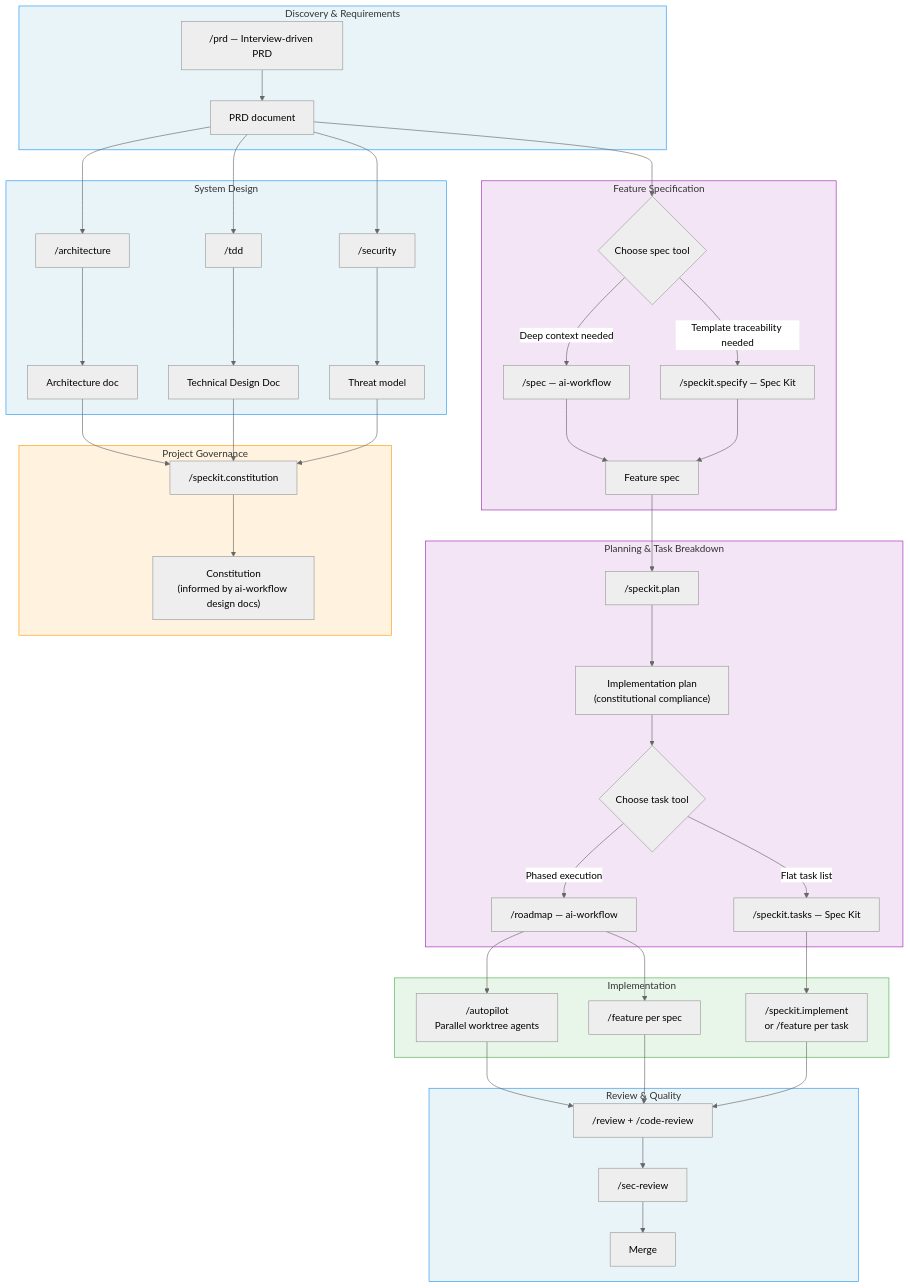
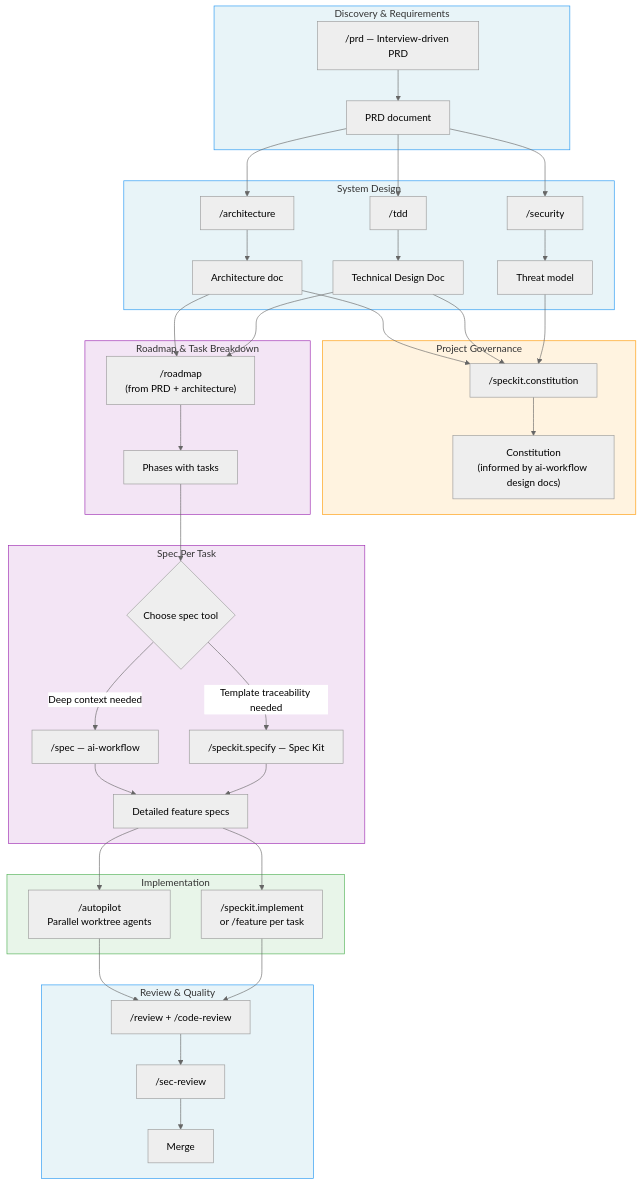
The first of 5 diagrams in docs/speckit-integration.md (0xrafasec/ai-workflow), drawn with Mermaid (neutral theme) before and after one commit. The commit also changed other lines of this file and 3 other files, not shown here.

First line of the commit message:
fix: correct SDLC flow — roadmap generates from design docs, specs detail each task

````diff
--- a/docs/speckit-integration.md
+++ b/docs/speckit-integration.md
@@ -28,60 +28,56 @@
 ```mermaid
 flowchart TD
     subgraph Discovery ["Discovery & Requirements"]
         A["/prd — Interview-driven PRD"] --> B["PRD document"]
     end
 
     subgraph Design ["System Design"]
         B --> C["/architecture"]
         B --> D["/tdd"]
         B --> E["/security"]
         C --> F["Architecture doc"]
         D --> G["Technical Design Doc"]
         E --> H["Threat model"]
     end
 
     subgraph Constitution ["Project Governance"]
         F --> I["/speckit.constitution"]
         G --> I
         H --> I
         I --> J["Constitution<br/>(informed by ai-workflow design docs)"]
     end
 
-    subgraph Specification ["Feature Specification"]
-        B --> K{Choose spec tool}
+    subgraph Planning ["Roadmap & Task Breakdown"]
+        F --> R["/roadmap<br/>(from PRD + architecture)"]
+        G --> R
+        R --> TASKS["Phases with tasks"]
+    end
+
+    subgraph Specification ["Spec Per Task"]
+        TASKS --> K{Choose spec tool}
         K -->|"Deep context needed"| L["/spec — ai-workflow"]
         K -->|"Template traceability needed"| M["/speckit.specify — Spec Kit"]
-        L --> N["Feature spec"]
+        L --> N["Detailed feature specs"]
         M --> N
     end
 
-    subgraph Planning ["Planning & Task Breakdown"]
-        N --> O["/speckit.plan"]
-        O --> P["Implementation plan<br/>(constitutional compliance)"]
-        P --> Q{Choose task tool}
-        Q -->|"Phased execution"| R["/roadmap — ai-workflow"]
-        Q -->|"Flat task list"| S["/speckit.tasks — Spec Kit"]
-    end
-
     subgraph Execution ["Implementation"]
-        R --> T["/autopilot<br/>Parallel worktree agents"]
-        S --> U["/speckit.implement<br/>or /feature per task"]
-        R --> V["/feature per spec"]
+        N --> T["/autopilot<br/>Parallel worktree agents"]
+        N --> U["/speckit.implement<br/>or /feature per task"]
     end
 
     subgraph Review ["Review & Quality"]
         T --> W["/review + /code-review"]
         U --> W
-        V --> W
         W --> X["/sec-review"]
         X --> Y["Merge"]
     end
 
     style Discovery fill:#e8f4f8,stroke:#2196F3
     style Design fill:#e8f4f8,stroke:#2196F3
     style Constitution fill:#fff3e0,stroke:#FF9800
+    style Planning fill:#f3e5f5,stroke:#9C27B0
     style Specification fill:#f3e5f5,stroke:#9C27B0
-    style Planning fill:#f3e5f5,stroke:#9C27B0
     style Execution fill:#e8f5e9,stroke:#4CAF50
     style Review fill:#e8f4f8,stroke:#2196F3
 ```
````
